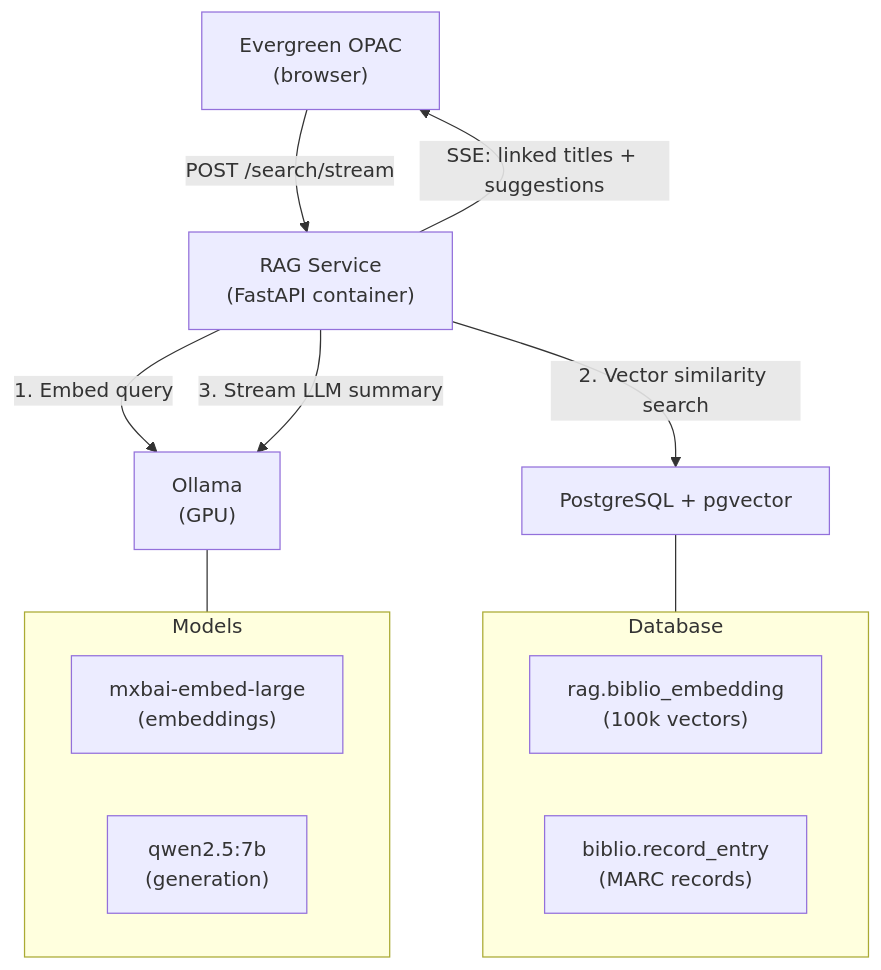
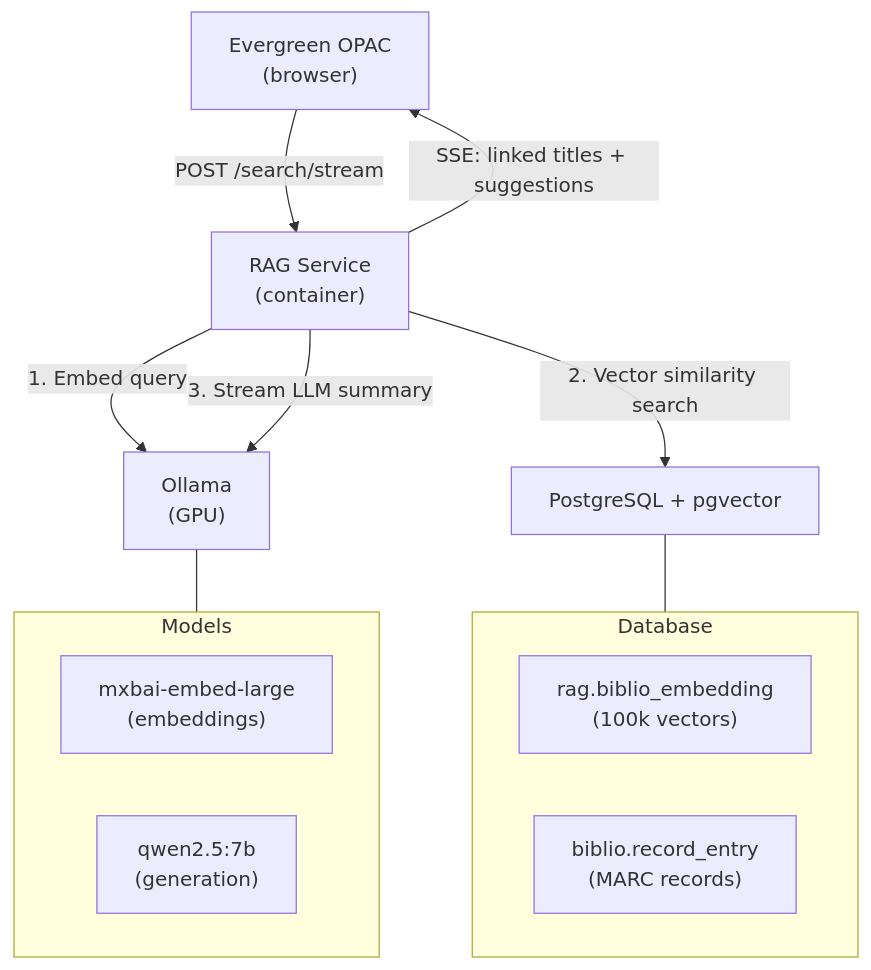
One commit to brianegge/evergreen-rag changed the diagram in README.md. Above: the diagram before and after it, drawn with Mermaid. The commit also changed other lines of this file, not shown here.

````diff
--- a/README.md
+++ b/README.md
@@ -36,25 +38,25 @@
 ```mermaid
 graph TD
     Browser["Evergreen OPAC<br/>(browser)"]
-    RAG["RAG Service<br/>(FastAPI container)"]
+    RAG["RAG Service<br/>(container)"]
     Ollama["Ollama<br/>(GPU)"]
     PG["PostgreSQL + pgvector"]
 
     Browser -->|"POST /search/stream"| RAG
     RAG -->|"1. Embed query"| Ollama
     RAG -->|"2. Vector similarity search"| PG
     RAG -->|"3. Stream LLM summary"| Ollama
     RAG -->|"SSE: linked titles + suggestions"| Browser
 
     subgraph Models
         Embed["mxbai-embed-large<br/>(embeddings)"]
         Gen["qwen2.5:7b<br/>(generation)"]
     end
     Ollama --- Models
 
     subgraph Database
         Vectors["rag.biblio_embedding<br/>(100k vectors)"]
         MARC["biblio.record_entry<br/>(MARC records)"]
     end
     PG --- Database
 ```
````
